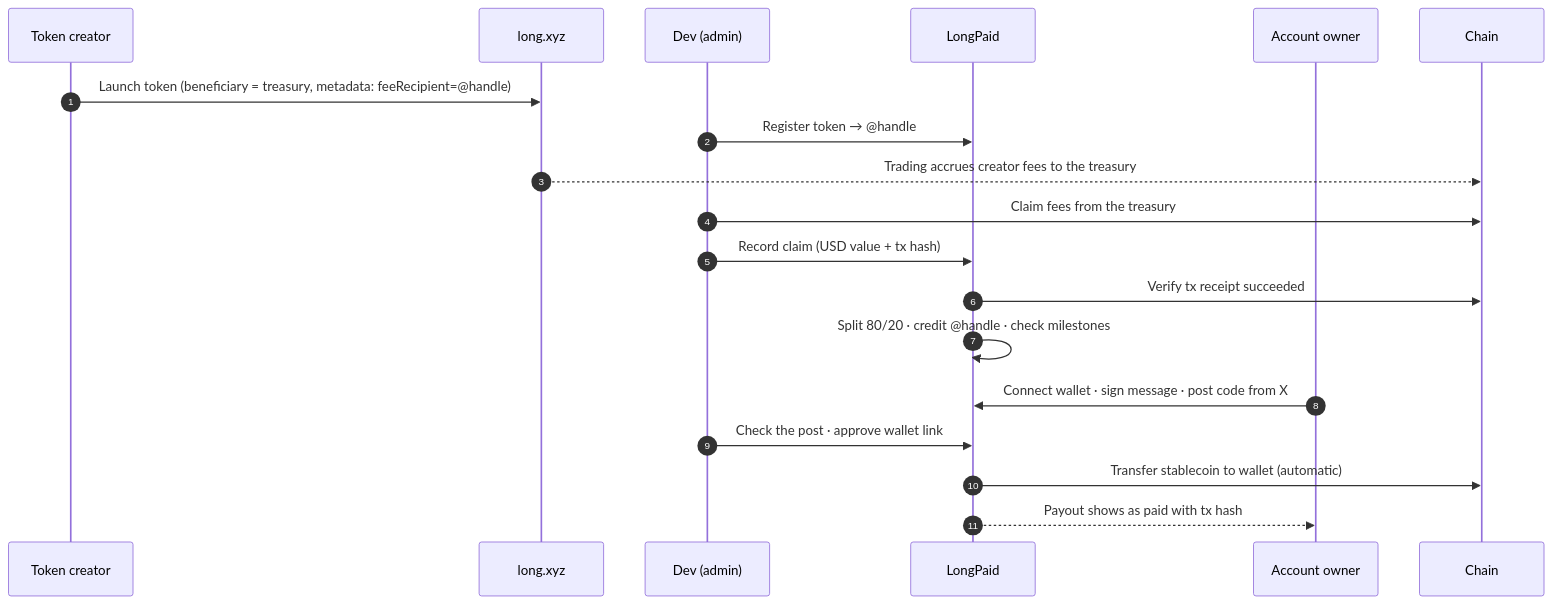
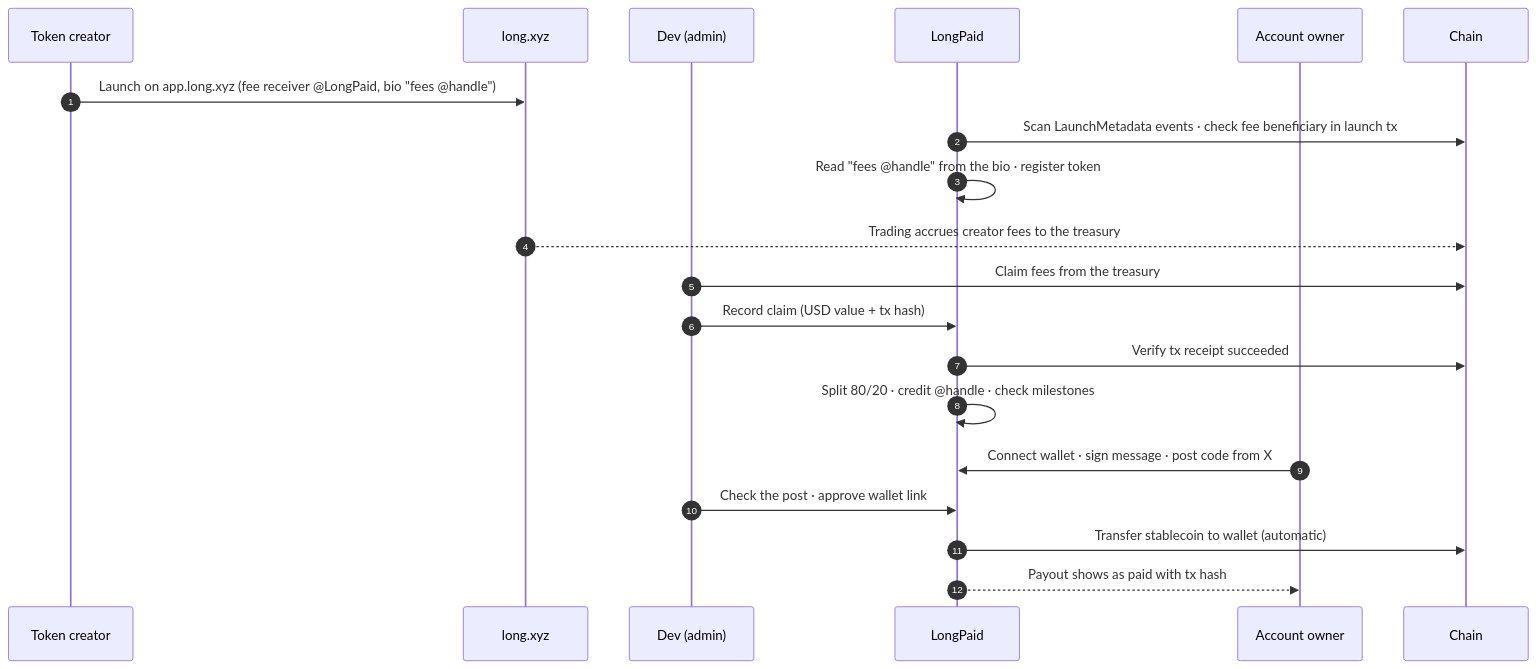
One commit to uselongpaid/uselongpaid changed the first of 2 diagrams in README.md. Above: the diagram before and after it, drawn with Mermaid. The commit also changed other lines of this file and 21 other files, not shown here.

First line of the commit message:
Detect app.long.xyz launches that send fees to LongPaid

````diff
--- a/README.md
+++ b/README.md
@@ -53,22 +55,23 @@
 ```mermaid
 sequenceDiagram
     autonumber
     participant C as Token creator
     participant L as long.xyz
     participant D as Dev (admin)
     participant F as LongPaid
     participant X as Account owner
     participant B as Chain
 
-    C->>L: Launch token (beneficiary = treasury, metadata: feeRecipient=@handle)
-    D->>F: Register token → @handle
+    C->>L: Launch on app.long.xyz (fee receiver @LongPaid, bio "fees @handle")
+    F->>B: Scan LaunchMetadata events · check fee beneficiary in launch tx
+    F->>F: Read "fees @handle" from the bio · register token
     L-->>B: Trading accrues creator fees to the treasury
     D->>B: Claim fees from the treasury
     D->>F: Record claim (USD value + tx hash)
     F->>B: Verify tx receipt succeeded
     F->>F: Split 80/20 · credit @handle · check milestones
     X->>F: Connect wallet · sign message · post code from X
     D->>F: Check the post · approve wallet link
     F->>B: Transfer stablecoin to wallet (automatic)
     F-->>X: Payout shows as paid with tx hash
 ```
````
